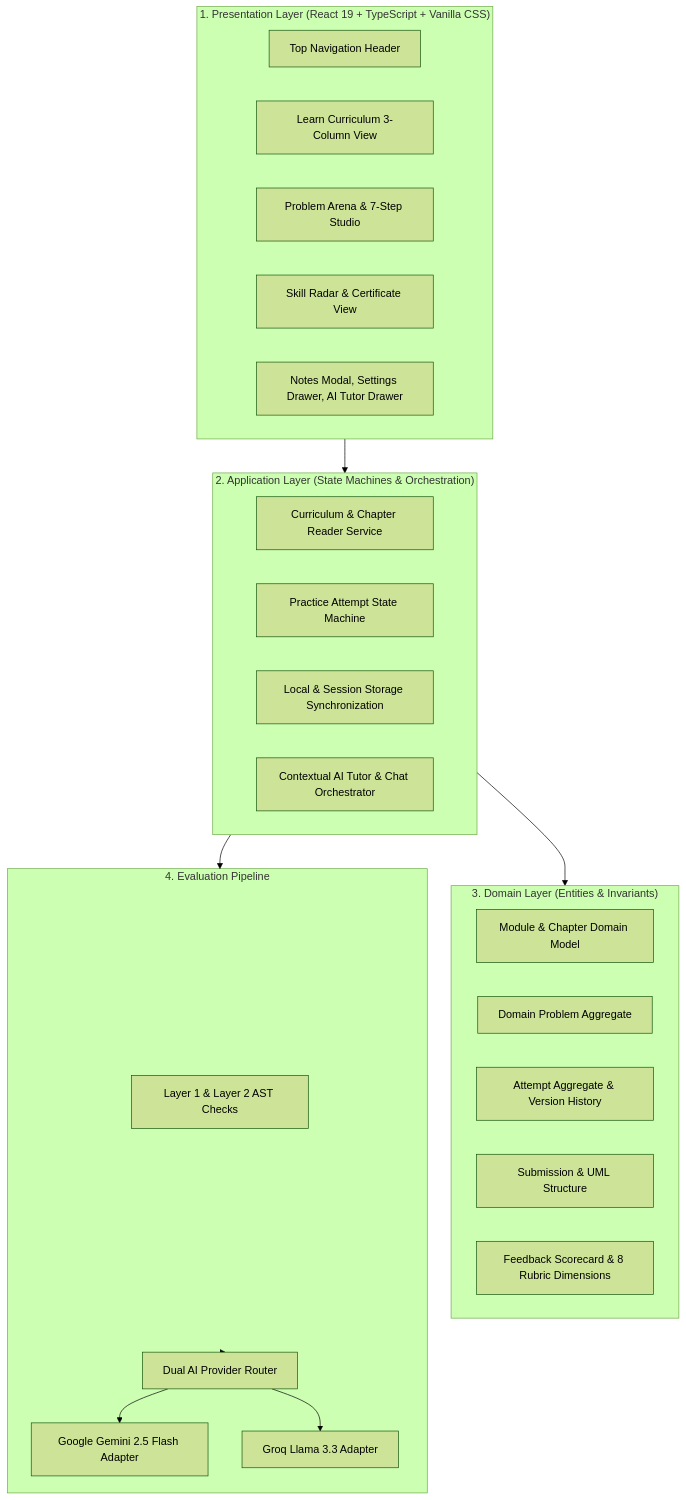
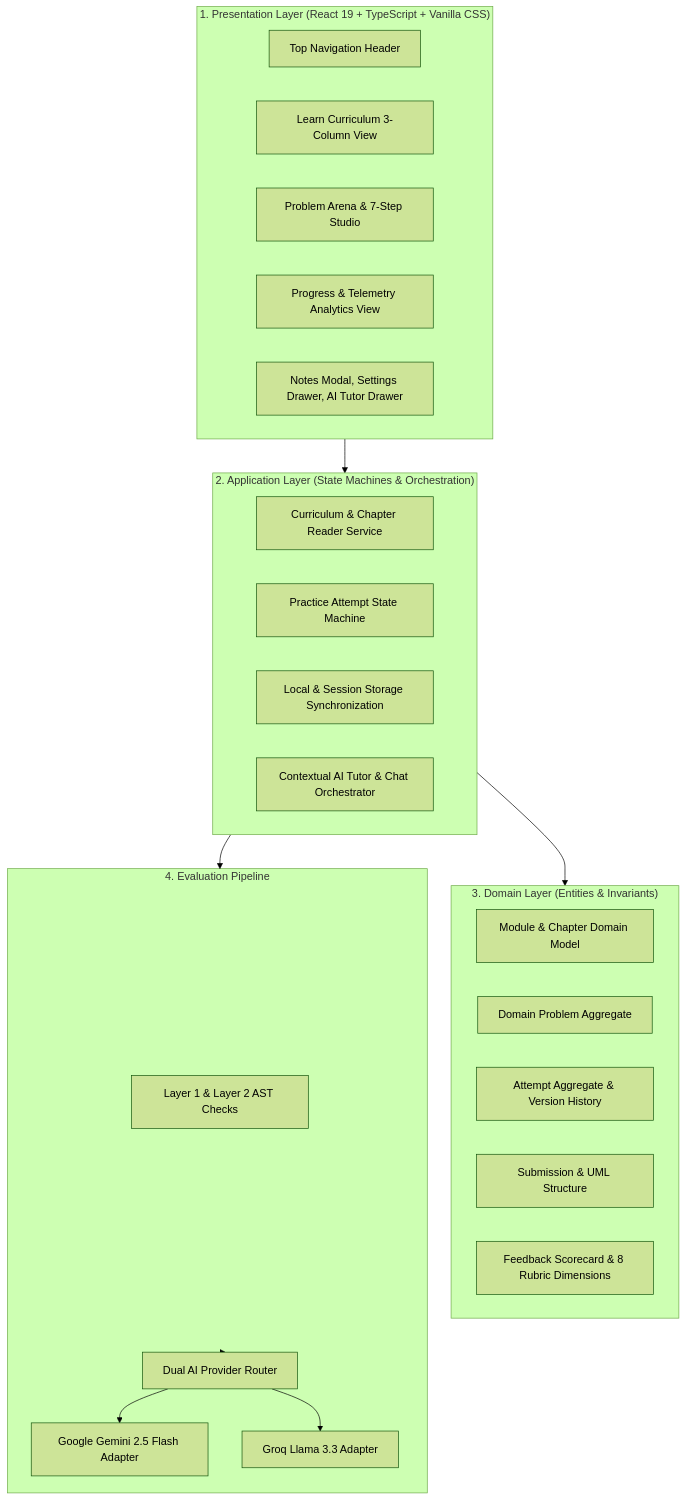
The first of 3 diagrams in docs/ARCHITECTURE_LLD.md (SachinManral/DesignLoop), drawn with Mermaid (forest theme) before and after one commit. The commit also changed other lines of this file and 6 other files, not shown here.

````diff
--- a/docs/ARCHITECTURE_LLD.md
+++ b/docs/ARCHITECTURE_LLD.md
@@ -9,39 +9,39 @@
 ```mermaid
 graph TD
     subgraph PresentationLayer ["1. Presentation Layer (React 19 + TypeScript + Vanilla CSS)"]
         TopNav[Top Navigation Header]
         LearnView[Learn Curriculum 3-Column View]
         PracticeView[Problem Arena & 7-Step Studio]
-        ProgressView[Skill Radar & Certificate View]
+        ProgressView[Progress & Telemetry Analytics View]
         Modals[Notes Modal, Settings Drawer, AI Tutor Drawer]
     end
 
     subgraph ApplicationLayer ["2. Application Layer (State Machines & Orchestration)"]
         CurriculumService[Curriculum & Chapter Reader Service]
         AttemptService[Practice Attempt State Machine]
         StorageService[Local & Session Storage Synchronization]
         AiTutorService[Contextual AI Tutor & Chat Orchestrator]
     end
 
     subgraph DomainLayer ["3. Domain Layer (Entities & Invariants)"]
         ModuleEntity[Module & Chapter Domain Model]
         ProblemEntity[Domain Problem Aggregate]
         AttemptEntity[Attempt Aggregate & Version History]
         SubmissionEntity[Submission & UML Structure]
         FeedbackEntity[Feedback Scorecard & 8 Rubric Dimensions]
     end
 
     subgraph EvaluationLayer ["4. Evaluation Pipeline"]
         DeterministicValidator[Layer 1 & Layer 2 AST Checks]
         AiProviderRouter[Dual AI Provider Router]
         GeminiAdapter[Google Gemini 2.5 Flash Adapter]
         GroqAdapter[Groq Llama 3.3 Adapter]
     end
 
     PresentationLayer --> ApplicationLayer
     ApplicationLayer --> DomainLayer
     ApplicationLayer --> EvaluationLayer
     EvaluationLayer --> AiProviderRouter
     AiProviderRouter --> GeminiAdapter
     AiProviderRouter --> GroqAdapter
 ```
````
